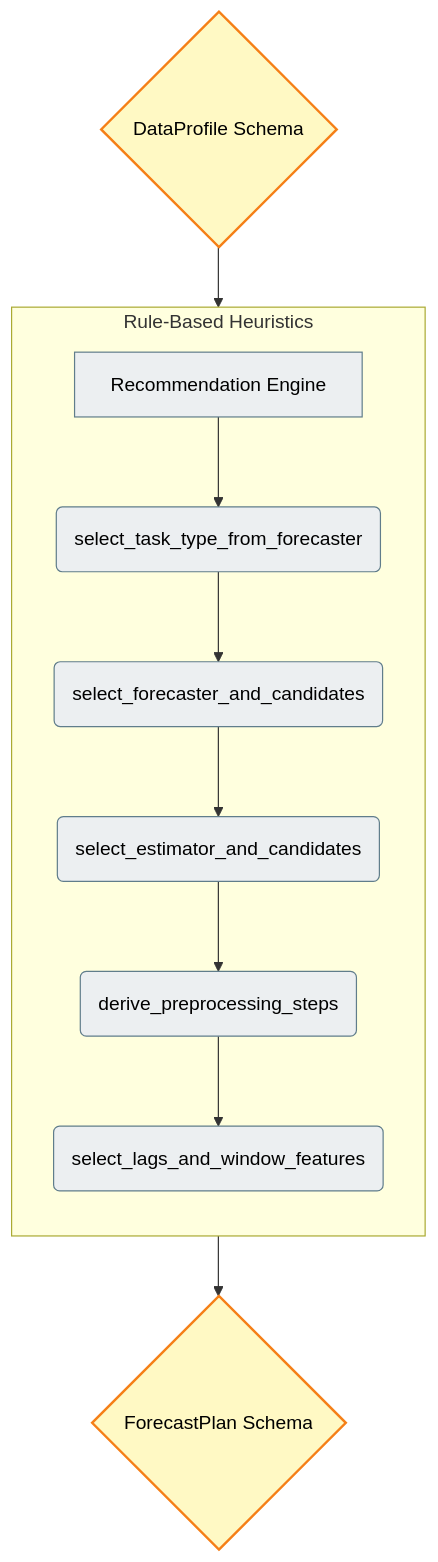
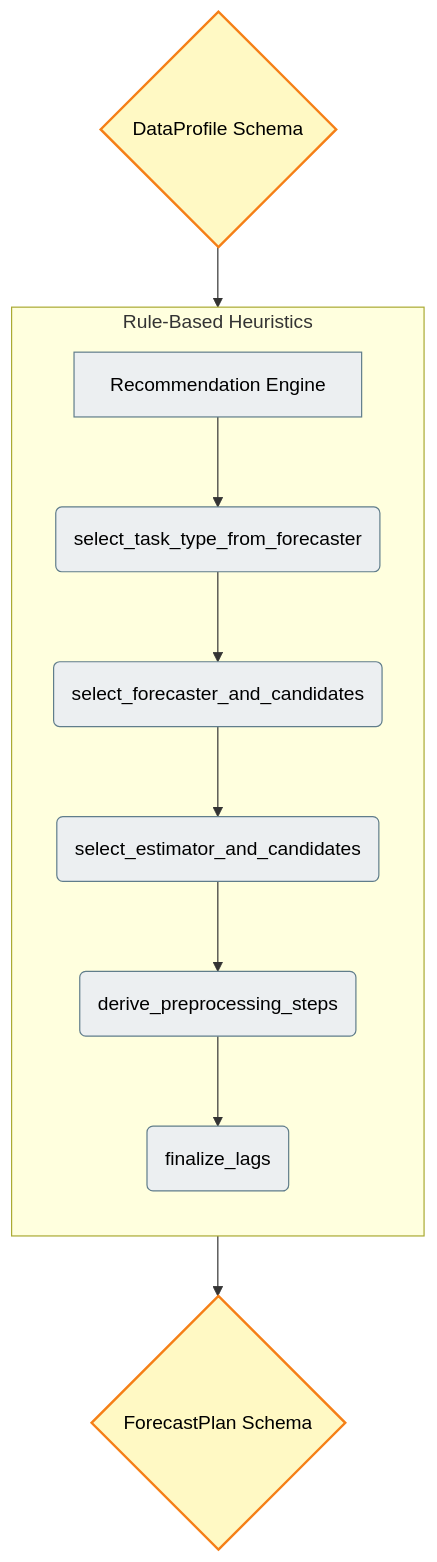
The fourth of 7 diagrams in docs/user_guides/architecture-and-logic.md (skforecast/skforecast-ai), drawn with Mermaid before and after one commit. The commit also changed 38 other files, not shown here.

First line of the commit message:
Refactor tests for autoregressive feature selection and window features

````diff
--- a/docs/user_guides/architecture-and-logic.md
+++ b/docs/user_guides/architecture-and-logic.md
@@ -103,18 +103,18 @@
 ```mermaid
 flowchart TD
     classDef schema fill:#fff9c4,stroke:#f57f17,stroke-width:2px,color:#000
     classDef func fill:#eceff1,stroke:#607d8b,stroke-width:1px,color:#000
 
     A{DataProfile Schema}:::schema --> B[Recommendation Engine]:::func
     
     subgraph Rule-Based Heuristics
         direction TB
         B --> C1(select_task_type_from_forecaster):::func
         C1 --> C2(select_forecaster_and_candidates):::func
         C2 --> C3(select_estimator_and_candidates):::func
         C3 --> C4(derive_preprocessing_steps):::func
-        C4 --> C5(select_lags_and_window_features):::func
+        C4 --> C5(finalize_lags):::func
     end
     
     C5 --> D{ForecastPlan Schema}:::schema
 ```
````
